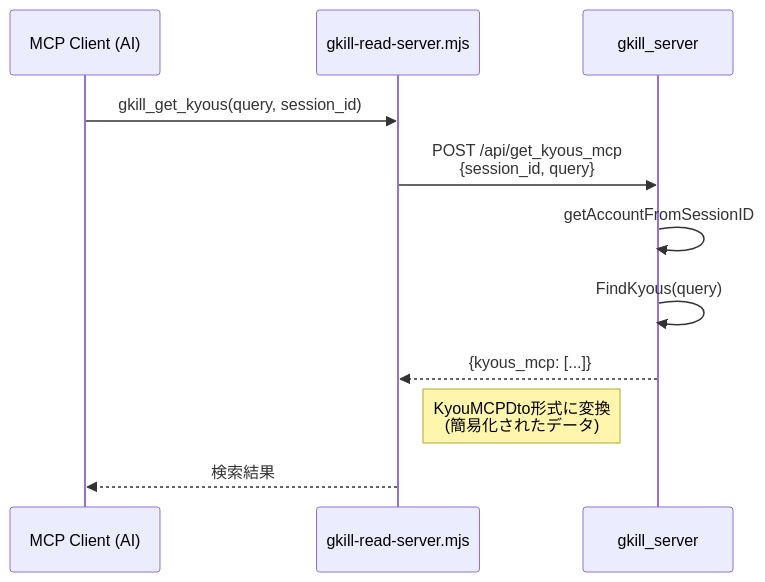
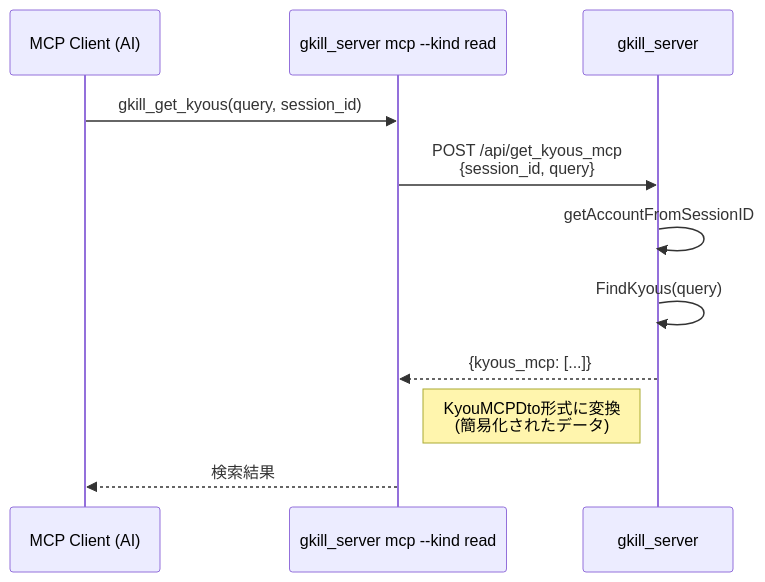
Before and after one commit to mt3hr/gkill: diagram 16 of 29 in documents/reverse/sequence-diagrams.md, drawn with Mermaid. The commit also changed other lines of this file and 251 other files, not shown here.

````diff
--- a/documents/reverse/sequence-diagrams.md
+++ b/documents/reverse/sequence-diagrams.md
@@ -565,14 +565,14 @@
 ```mermaid
 sequenceDiagram
     participant MCP as MCP Client (AI)
-    participant MCPServer as gkill-read-server.mjs
+    participant MCPServer as gkill_server mcp --kind read
     participant Server as gkill_server
 
     MCP->>MCPServer: gkill_get_kyous(query, session_id)
     MCPServer->>Server: POST /api/get_kyous_mcp<br>{session_id, query}
     Server->>Server: getAccountFromSessionID
     Server->>Server: FindKyous(query)
     Server-->>MCPServer: {kyous_mcp: [...]}
     Note right of MCPServer: KyouMCPDto形式に変換<br>(簡易化されたデータ)
     MCPServer-->>MCP: 検索結果
 ```
````
